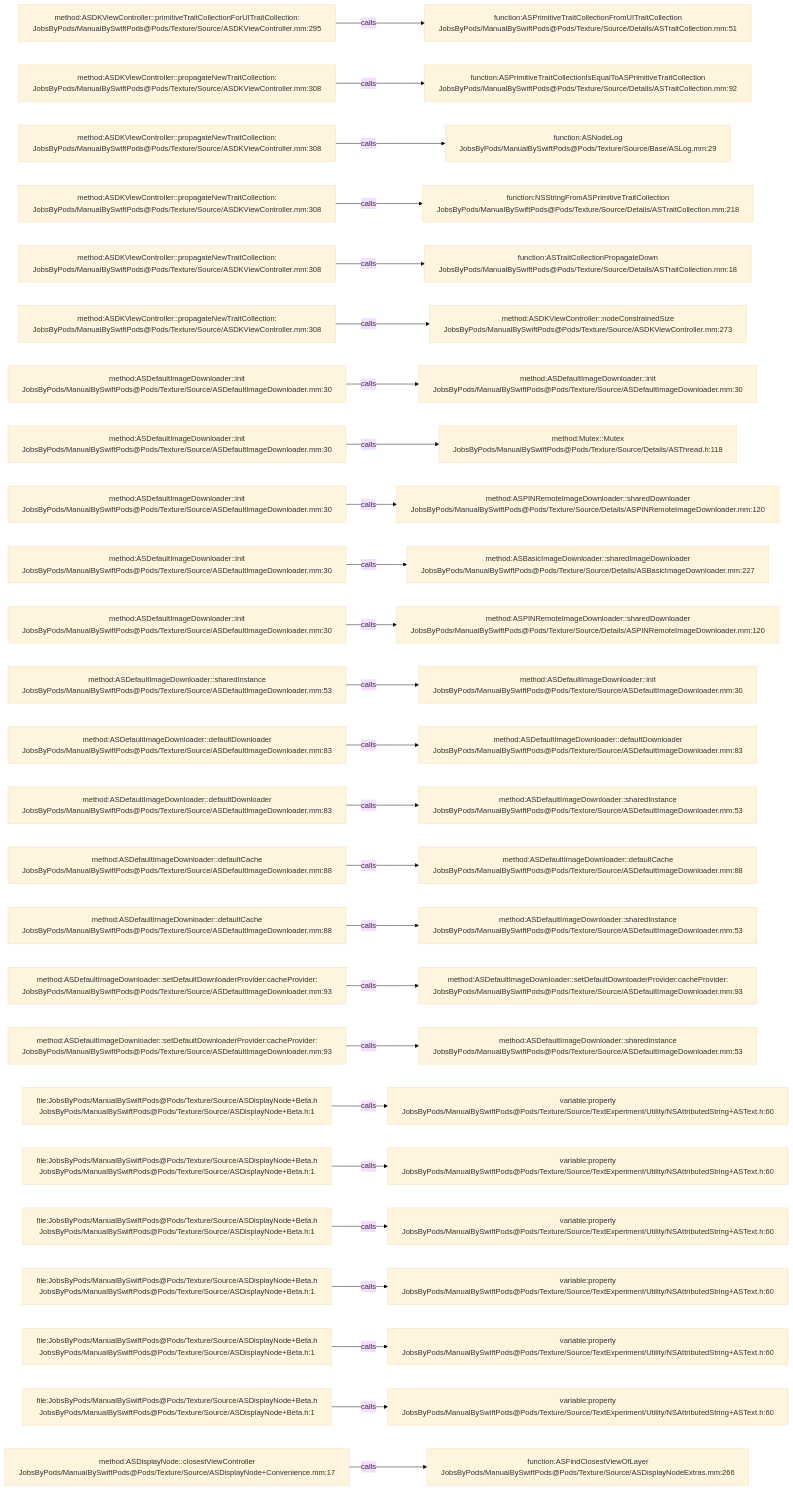
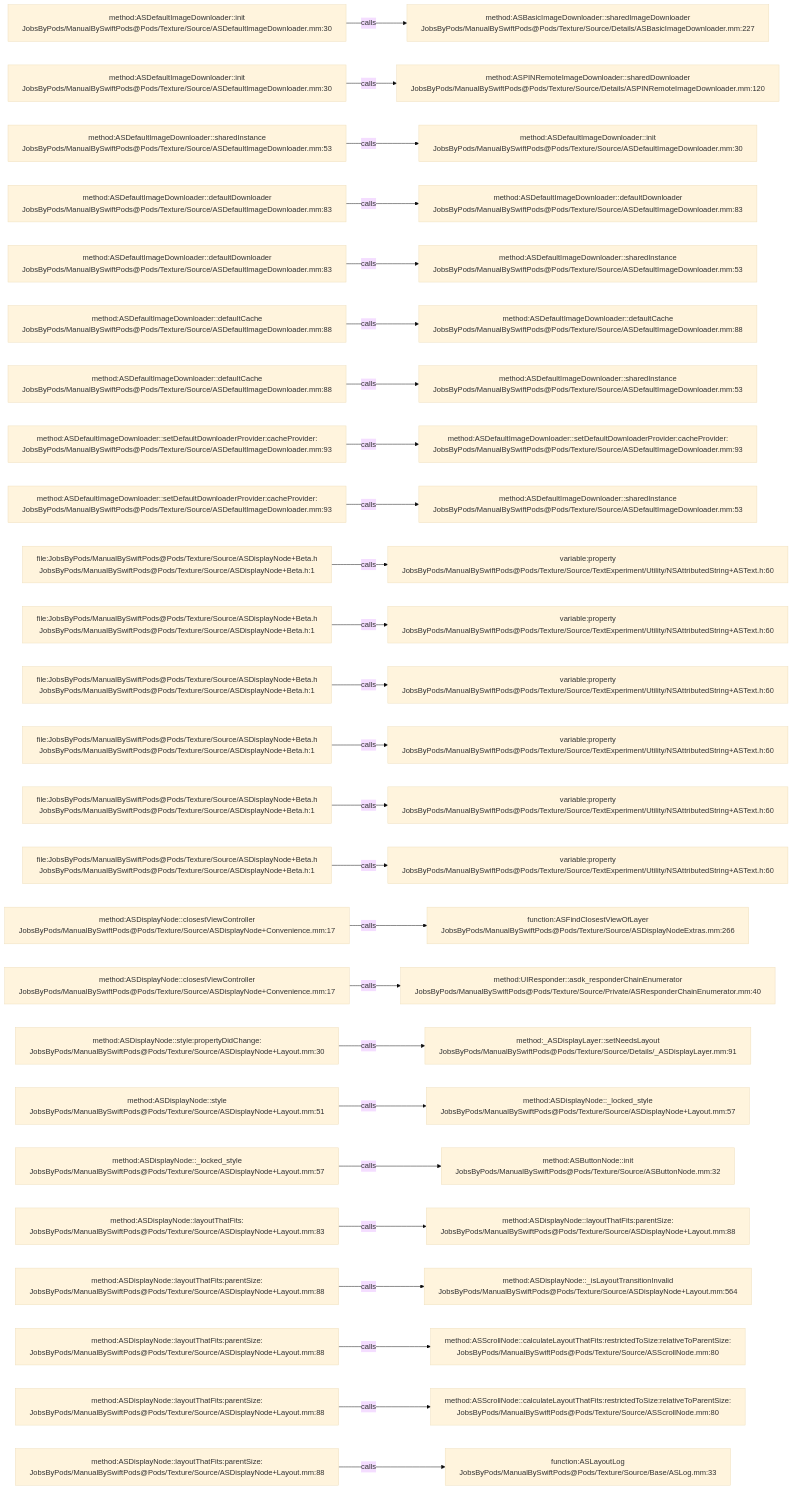
The diagram in .codegraph/codegraph.md/graphs/calls-020.md (JobsKits/JobsSwiftBaseConfigDemo), drawn with Mermaid (base theme) before and after one commit. The commit also changed 707 other files, not shown here.

````diff
--- a/.codegraph/codegraph.md/graphs/calls-020.md
+++ b/.codegraph/codegraph.md/graphs/calls-020.md
@@ -13,78 +13,78 @@
 ```mermaid
 flowchart LR
-  S1["method:ASDKViewController::primitiveTraitCollectionForUITraitCollection:<br/>JobsByPods/ManualBySwiftPods@Pods/Texture/Source/ASDKViewController.mm:295"]
-  T1["function:ASPrimitiveTraitCollectionFromUITraitCollection<br/>JobsByPods/ManualBySwiftPods@Pods/Texture/Source/Details/ASTraitCollection.mm:51"]
+  S1["method:ASDefaultImageDownloader::init<br/>JobsByPods/ManualBySwiftPods@Pods/Texture/Source/ASDefaultImageDownloader.mm:30"]
+  T1["method:ASBasicImageDownloader::sharedImageDownloader<br/>JobsByPods/ManualBySwiftPods@Pods/Texture/Source/Details/ASBasicImageDownloader.mm:227"]
   S1 -->|calls| T1
-  S2["method:ASDKViewController::propagateNewTraitCollection:<br/>JobsByPods/ManualBySwiftPods@Pods/Texture/Source/ASDKViewController.mm:308"]
-  T2["function:ASPrimitiveTraitCollectionIsEqualToASPrimitiveTraitCollection<br/>JobsByPods/ManualBySwiftPods@Pods/Texture/Source/Details/ASTraitCollection.mm:92"]
+  S2["method:ASDefaultImageDownloader::init<br/>JobsByPods/ManualBySwiftPods@Pods/Texture/Source/ASDefaultImageDownloader.mm:30"]
+  T2["method:ASPINRemoteImageDownloader::sharedDownloader<br/>JobsByPods/ManualBySwiftPods@Pods/Texture/Source/Details/ASPINRemoteImageDownloader.mm:120"]
   S2 -->|calls| T2
-  S3["method:ASDKViewController::propagateNewTraitCollection:<br/>JobsByPods/ManualBySwiftPods@Pods/Texture/Source/ASDKViewController.mm:308"]
-  T3["function:ASNodeLog<br/>JobsByPods/ManualBySwiftPods@Pods/Texture/Source/Base/ASLog.mm:29"]
+  S3["method:ASDefaultImageDownloader::sharedInstance<br/>JobsByPods/ManualBySwiftPods@Pods/Texture/Source/ASDefaultImageDownloader.mm:53"]
+  T3["method:ASDefaultImageDownloader::init<br/>JobsByPods/ManualBySwiftPods@Pods/Texture/Source/ASDefaultImageDownloader.mm:30"]
   S3 -->|calls| T3
-  S4["method:ASDKViewController::propagateNewTraitCollection:<br/>JobsByPods/ManualBySwiftPods@Pods/Texture/Source/ASDKViewController.mm:308"]
-  T4["function:NSStringFromASPrimitiveTraitCollection<br/>JobsByPods/ManualBySwiftPods@Pods/Texture/Source/Details/ASTraitCollection.mm:218"]
+  S4["method:ASDefaultImageDownloader::defaultDownloader<br/>JobsByPods/ManualBySwiftPods@Pods/Texture/Source/ASDefaultImageDownloader.mm:83"]
+  T4["method:ASDefaultImageDownloader::defaultDownloader<br/>JobsByPods/ManualBySwiftPods@Pods/Texture/Source/ASDefaultImageDownloader.mm:83"]
   S4 -->|calls| T4
-  S5["method:ASDKViewController::propagateNewTraitCollection:<br/>JobsByPods/ManualBySwiftPods@Pods/Texture/Source/ASDKViewController.mm:308"]
-  T5["function:ASTraitCollectionPropagateDown<br/>JobsByPods/ManualBySwiftPods@Pods/Texture/Source/Details/ASTraitCollection.mm:18"]
+  S5["method:ASDefaultImageDownloader::defaultDownloader<br/>JobsByPods/ManualBySwiftPods@Pods/Texture/Source/ASDefaultImageDownloader.mm:83"]
+  T5["method:ASDefaultImageDownloader::sharedInstance<br/>JobsByPods/ManualBySwiftPods@Pods/Texture/Source/ASDefaultImageDownloader.mm:53"]
   S5 -->|calls| T5
-  S6["method:ASDKViewController::propagateNewTraitCollection:<br/>JobsByPods/ManualBySwiftPods@Pods/Texture/Source/ASDKViewController.mm:308"]
-  T6["method:ASDKViewController::nodeConstrainedSize<br/>JobsByPods/ManualBySwiftPods@Pods/Texture/Source/ASDKViewController.mm:273"]
+  S6["method:ASDefaultImageDownloader::defaultCache<br/>JobsByPods/ManualBySwiftPods@Pods/Texture/Source/ASDefaultImageDownloader.mm:88"]
+  T6["method:ASDefaultImageDownloader::defaultCache<br/>JobsByPods/ManualBySwiftPods@Pods/Texture/Source/ASDefaultImageDownloader.mm:88"]
   S6 -->|calls| T6
-  S7["method:ASDefaultImageDownloader::init<br/>JobsByPods/ManualBySwiftPods@Pods/Texture/Source/ASDefaultImageDownloader.mm:30"]
-  T7["method:ASDefaultImageDownloader::init<br/>JobsByPods/ManualBySwiftPods@Pods/Texture/Source/ASDefaultImageDownloader.mm:30"]
+  S7["method:ASDefaultImageDownloader::defaultCache<br/>JobsByPods/ManualBySwiftPods@Pods/Texture/Source/ASDefaultImageDownloader.mm:88"]
+  T7["method:ASDefaultImageDownloader::sharedInstance<br/>JobsByPods/ManualBySwiftPods@Pods/Texture/Source/ASDefaultImageDownloader.mm:53"]
   S7 -->|calls| T7
-  S8["method:ASDefaultImageDownloader::init<br/>JobsByPods/ManualBySwiftPods@Pods/Texture/Source/ASDefaultImageDownloader.mm:30"]
-  T8["method:Mutex::Mutex<br/>JobsByPods/ManualBySwiftPods@Pods/Texture/Source/Details/ASThread.h:118"]
+  S8["method:ASDefaultImageDownloader::setDefaultDownloaderProvider:cacheProvider:<br/>JobsByPods/ManualBySwiftPods@Pods/Texture/Source/ASDefaultImageDownloader.mm:93"]
+  T8["method:ASDefaultImageDownloader::setDefaultDownloaderProvider:cacheProvider:<br/>JobsByPods/ManualBySwiftPods@Pods/Texture/Source/ASDefaultImageDownloader.mm:93"]
   S8 -->|calls| T8
-  S9["method:ASDefaultImageDownloader::init<br/>JobsByPods/ManualBySwiftPods@Pods/Texture/Source/ASDefaultImageDownloader.mm:30"]
-  T9["method:ASPINRemoteImageDownloader::sharedDownloader<br/>JobsByPods/ManualBySwiftPods@Pods/Texture/Source/Details/ASPINRemoteImageDownloader.mm:120"]
+  S9["method:ASDefaultImageDownloader::setDefaultDownloaderProvider:cacheProvider:<br/>JobsByPods/ManualBySwiftPods@Pods/Texture/Source/ASDefaultImageDownloader.mm:93"]
+  T9["method:ASDefaultImageDownloader::sharedInstance<br/>JobsByPods/ManualBySwiftPods@Pods/Texture/Source/ASDefaultImageDownloader.mm:53"]
   S9 -->|calls| T9
-  S10["method:ASDefaultImageDownloader::init<br/>JobsByPods/ManualBySwiftPods@Pods/Texture/Source/ASDefaultImageDownloader.mm:30"]
-  T10["method:ASBasicImageDownloader::sharedImageDownloader<br/>JobsByPods/ManualBySwiftPods@Pods/Texture/Source/Details/ASBasicImageDownloader.mm:227"]
+  S10["file:JobsByPods/ManualBySwiftPods@Pods/Texture/Source/ASDisplayNode+Beta.h<br/>JobsByPods/ManualBySwiftPods@Pods/Texture/Source/ASDisplayNode+Beta.h:1"]
+  T10["variable:property<br/>JobsByPods/ManualBySwiftPods@Pods/Texture/Source/TextExperiment/Utility/NSAttributedString+ASText.h:60"]
   S10 -->|calls| T10
-  S11["method:ASDefaultImageDownloader::init<br/>JobsByPods/ManualBySwiftPods@Pods/Texture/Source/ASDefaultImageDownloader.mm:30"]
-  T11["method:ASPINRemoteImageDownloader::sharedDownloader<br/>JobsByPods/ManualBySwiftPods@Pods/Texture/Source/Details/ASPINRemoteImageDownloader.mm:120"]
+  S11["file:JobsByPods/ManualBySwiftPods@Pods/Texture/Source/ASDisplayNode+Beta.h<br/>JobsByPods/ManualBySwiftPods@Pods/Texture/Source/ASDisplayNode+Beta.h:1"]
+  T11["variable:property<br/>JobsByPods/ManualBySwiftPods@Pods/Texture/Source/TextExperiment/Utility/NSAttributedString+ASText.h:60"]
   S11 -->|calls| T11
-  S12["method:ASDefaultImageDownloader::sharedInstance<br/>JobsByPods/ManualBySwiftPods@Pods/Texture/Source/ASDefaultImageDownloader.mm:53"]
-  T12["method:ASDefaultImageDownloader::init<br/>JobsByPods/ManualBySwiftPods@Pods/Texture/Source/ASDefaultImageDownloader.mm:30"]
+  S12["file:JobsByPods/ManualBySwiftPods@Pods/Texture/Source/ASDisplayNode+Beta.h<br/>JobsByPods/ManualBySwiftPods@Pods/Texture/Source/ASDisplayNode+Beta.h:1"]
+  T12["variable:property<br/>JobsByPods/ManualBySwiftPods@Pods/Texture/Source/TextExperiment/Utility/NSAttributedString+ASText.h:60"]
   S12 -->|calls| T12
-  S13["method:ASDefaultImageDownloader::defaultDownloader<br/>JobsByPods/ManualBySwiftPods@Pods/Texture/Source/ASDefaultImageDownloader.mm:83"]
-  T13["method:ASDefaultImageDownloader::defaultDownloader<br/>JobsByPods/ManualBySwiftPods@Pods/Texture/Source/ASDefaultImageDownloader.mm:83"]
+  S13["file:JobsByPods/ManualBySwiftPods@Pods/Texture/Source/ASDisplayNode+Beta.h<br/>JobsByPods/ManualBySwiftPods@Pods/Texture/Source/ASDisplayNode+Beta.h:1"]
+  T13["variable:property<br/>JobsByPods/ManualBySwiftPods@Pods/Texture/Source/TextExperiment/Utility/NSAttributedString+ASText.h:60"]
   S13 -->|calls| T13
-  S14["method:ASDefaultImageDownloader::defaultDownloader<br/>JobsByPods/ManualBySwiftPods@Pods/Texture/Source/ASDefaultImageDownloader.mm:83"]
-  T14["method:ASDefaultImageDownloader::sharedInstance<br/>JobsByPods/ManualBySwiftPods@Pods/Texture/Source/ASDefaultImageDownloader.mm:53"]
+  S14["file:JobsByPods/ManualBySwiftPods@Pods/Texture/Source/ASDisplayNode+Beta.h<br/>JobsByPods/ManualBySwiftPods@Pods/Texture/Source/ASDisplayNode+Beta.h:1"]
+  T14["variable:property<br/>JobsByPods/ManualBySwiftPods@Pods/Texture/Source/TextExperiment/Utility/NSAttributedString+ASText.h:60"]
   S14 -->|calls| T14
-  S15["method:ASDefaultImageDownloader::defaultCache<br/>JobsByPods/ManualBySwiftPods@Pods/Texture/Source/ASDefaultImageDownloader.mm:88"]
-  T15["method:ASDefaultImageDownloader::defaultCache<br/>JobsByPods/ManualBySwiftPods@Pods/Texture/Source/ASDefaultImageDownloader.mm:88"]
+  S15["file:JobsByPods/ManualBySwiftPods@Pods/Texture/Source/ASDisplayNode+Beta.h<br/>JobsByPods/ManualBySwiftPods@Pods/Texture/Source/ASDisplayNode+Beta.h:1"]
+  T15["variable:property<br/>JobsByPods/ManualBySwiftPods@Pods/Texture/Source/TextExperiment/Utility/NSAttributedString+ASText.h:60"]
   S15 -->|calls| T15
-  S16["method:ASDefaultImageDownloader::defaultCache<br/>JobsByPods/ManualBySwiftPods@Pods/Texture/Source/ASDefaultImageDownloader.mm:88"]
-  T16["method:ASDefaultImageDownloader::sharedInstance<br/>JobsByPods/ManualBySwiftPods@Pods/Texture/Source/ASDefaultImageDownloader.mm:53"]
+  S16["method:ASDisplayNode::closestViewController<br/>JobsByPods/ManualBySwiftPods@Pods/Texture/Source/ASDisplayNode+Convenience.mm:17"]
+  T16["function:ASFindClosestViewOfLayer<br/>JobsByPods/ManualBySwiftPods@Pods/Texture/Source/ASDisplayNodeExtras.mm:266"]
   S16 -->|calls| T16
-  S17["method:ASDefaultImageDownloader::setDefaultDownloaderProvider:cacheProvider:<br/>JobsByPods/ManualBySwiftPods@Pods/Texture/Source/ASDefaultImageDownloader.mm:93"]
-  T17["method:ASDefaultImageDownloader::setDefaultDownloaderProvider:cacheProvider:<br/>JobsByPods/ManualBySwiftPods@Pods/Texture/Source/ASDefaultImageDownloader.mm:93"]
+  S17["method:ASDisplayNode::closestViewController<br/>JobsByPods/ManualBySwiftPods@Pods/Texture/Source/ASDisplayNode+Convenience.mm:17"]
+  T17["method:UIResponder::asdk_responderChainEnumerator<br/>JobsByPods/ManualBySwiftPods@Pods/Texture/Source/Private/ASResponderChainEnumerator.mm:40"]
   S17 -->|calls| T17
-  S18["method:ASDefaultImageDownloader::setDefaultDownloaderProvider:cacheProvider:<br/>JobsByPods/ManualBySwiftPods@Pods/Texture/Source/ASDefaultImageDownloader.mm:93"]
-  T18["method:ASDefaultImageDownloader::sharedInstance<br/>JobsByPods/ManualBySwiftPods@Pods/Texture/Source/ASDefaultImageDownloader.mm:53"]
+  S18["method:ASDisplayNode::style:propertyDidChange:<br/>JobsByPods/ManualBySwiftPods@Pods/Texture/Source/ASDisplayNode+Layout.mm:30"]
+  T18["method:_ASDisplayLayer::setNeedsLayout<br/>JobsByPods/ManualBySwiftPods@Pods/Texture/Source/Details/_ASDisplayLayer.mm:91"]
   S18 -->|calls| T18
-  S19["file:JobsByPods/ManualBySwiftPods@Pods/Texture/Source/ASDisplayNode+Beta.h<br/>JobsByPods/ManualBySwiftPods@Pods/Texture/Source/ASDisplayNode+Beta.h:1"]
-  T19["variable:property<br/>JobsByPods/ManualBySwiftPods@Pods/Texture/Source/TextExperiment/Utility/NSAttributedString+ASText.h:60"]
+  S19["method:ASDisplayNode::style<br/>JobsByPods/ManualBySwiftPods@Pods/Texture/Source/ASDisplayNode+Layout.mm:51"]
+  T19["method:ASDisplayNode::_locked_style<br/>JobsByPods/ManualBySwiftPods@Pods/Texture/Source/ASDisplayNode+Layout.mm:57"]
   S19 -->|calls| T19
-  S20["file:JobsByPods/ManualBySwiftPods@Pods/Texture/Source/ASDisplayNode+Beta.h<br/>JobsByPods/ManualBySwiftPods@Pods/Texture/Source/ASDisplayNode+Beta.h:1"]
-  T20["variable:property<br/>JobsByPods/ManualBySwiftPods@Pods/Texture/Source/TextExperiment/Utility/NSAttributedString+ASText.h:60"]
+  S20["method:ASDisplayNode::_locked_style<br/>JobsByPods/ManualBySwiftPods@Pods/Texture/Source/ASDisplayNode+Layout.mm:57"]
+  T20["method:ASButtonNode::init<br/>JobsByPods/ManualBySwiftPods@Pods/Texture/Source/ASButtonNode.mm:32"]
   S20 -->|calls| T20
-  S21["file:JobsByPods/ManualBySwiftPods@Pods/Texture/Source/ASDisplayNode+Beta.h<br/>JobsByPods/ManualBySwiftPods@Pods/Texture/Source/ASDisplayNode+Beta.h:1"]
-  T21["variable:property<br/>JobsByPods/ManualBySwiftPods@Pods/Texture/Source/TextExperiment/Utility/NSAttributedString+ASText.h:60"]
+  S21["method:ASDisplayNode::layoutThatFits:<br/>JobsByPods/ManualBySwiftPods@Pods/Texture/Source/ASDisplayNode+Layout.mm:83"]
+  T21["method:ASDisplayNode::layoutThatFits:parentSize:<br/>JobsByPods/ManualBySwiftPods@Pods/Texture/Source/ASDisplayNode+Layout.mm:88"]
   S21 -->|calls| T21
-  S22["file:JobsByPods/ManualBySwiftPods@Pods/Texture/Source/ASDisplayNode+Beta.h<br/>JobsByPods/ManualBySwiftPods@Pods/Texture/Source/ASDisplayNode+Beta.h:1"]
-  T22["variable:property<br/>JobsByPods/ManualBySwiftPods@Pods/Texture/Source/TextExperiment/Utility/NSAttributedString+ASText.h:60"]
+  S22["method:ASDisplayNode::layoutThatFits:parentSize:<br/>JobsByPods/ManualBySwiftPods@Pods/Texture/Source/ASDisplayNode+Layout.mm:88"]
+  T22["method:ASDisplayNode::_isLayoutTransitionInvalid<br/>JobsByPods/ManualBySwiftPods@Pods/Texture/Source/ASDisplayNode+Layout.mm:564"]
   S22 -->|calls| T22
-  S23["file:JobsByPods/ManualBySwiftPods@Pods/Texture/Source/ASDisplayNode+Beta.h<br/>JobsByPods/ManualBySwiftPods@Pods/Texture/Source/ASDisplayNode+Beta.h:1"]
-  T23["variable:property<br/>JobsByPods/ManualBySwiftPods@Pods/Texture/Source/TextExperiment/Utility/NSAttributedString+ASText.h:60"]
+  S23["method:ASDisplayNode::layoutThatFits:parentSize:<br/>JobsByPods/ManualBySwiftPods@Pods/Texture/Source/ASDisplayNode+Layout.mm:88"]
+  T23["method:ASScrollNode::calculateLayoutThatFits:restrictedToSize:relativeToParentSize:<br/>JobsByPods/ManualBySwiftPods@Pods/Texture/Source/ASScrollNode.mm:80"]
   S23 -->|calls| T23
-  S24["file:JobsByPods/ManualBySwiftPods@Pods/Texture/Source/ASDisplayNode+Beta.h<br/>JobsByPods/ManualBySwiftPods@Pods/Texture/Source/ASDisplayNode+Beta.h:1"]
-  T24["variable:property<br/>JobsByPods/ManualBySwiftPods@Pods/Texture/Source/TextExperiment/Utility/NSAttributedString+ASText.h:60"]
+  S24["method:ASDisplayNode::layoutThatFits:parentSize:<br/>JobsByPods/ManualBySwiftPods@Pods/Texture/Source/ASDisplayNode+Layout.mm:88"]
+  T24["method:ASScrollNode::calculateLayoutThatFits:restrictedToSize:relativeToParentSize:<br/>JobsByPods/ManualBySwiftPods@Pods/Texture/Source/ASScrollNode.mm:80"]
   S24 -->|calls| T24
-  S25["method:ASDisplayNode::closestViewController<br/>JobsByPods/ManualBySwiftPods@Pods/Texture/Source/ASDisplayNode+Convenience.mm:17"]
-  T25["function:ASFindClosestViewOfLayer<br/>JobsByPods/ManualBySwiftPods@Pods/Texture/Source/ASDisplayNodeExtras.mm:266"]
+  S25["method:ASDisplayNode::layoutThatFits:parentSize:<br/>JobsByPods/ManualBySwiftPods@Pods/Texture/Source/ASDisplayNode+Layout.mm:88"]
+  T25["function:ASLayoutLog<br/>JobsByPods/ManualBySwiftPods@Pods/Texture/Source/Base/ASLog.mm:33"]
   S25 -->|calls| T25
 ```
````
